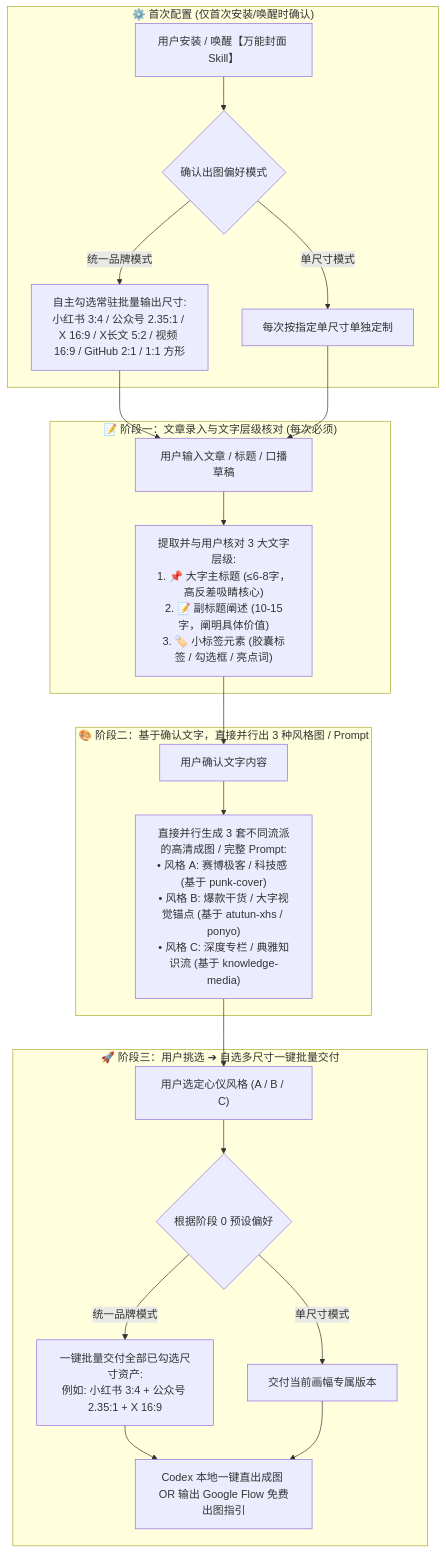
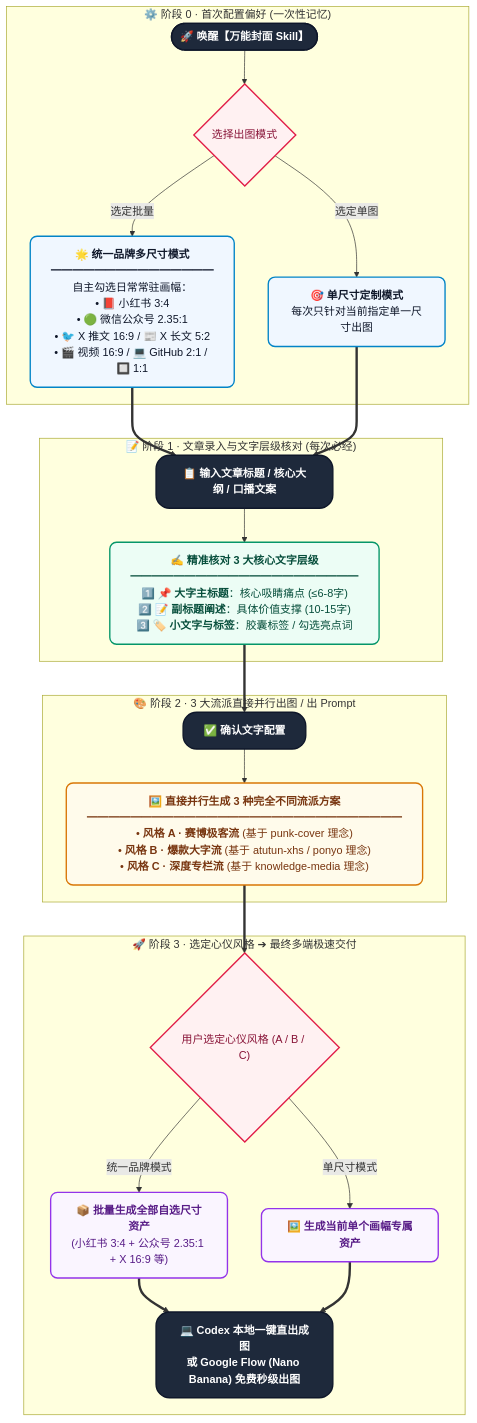
One commit to kaomei/cover-studio changed the first of 2 diagrams in README.zh-CN.md. Above: the diagram before and after it, drawn with Mermaid. The commit also changed other lines of this file and 7 other files, not shown here.

Commit message:
style(docs): elevate Mermaid flowchart UI with modern SaaS color palettes, card boxes and glowing borders

````diff
--- a/README.zh-CN.md
+++ b/README.zh-CN.md
@@ -41,29 +41,48 @@
 ```mermaid
 flowchart TD
-    subgraph S0["⚙️ 首次配置 (仅首次安装/唤醒时确认)"]
-        A0["用户安装 / 唤醒【万能封面 Skill】"] --> A1{"确认出图偏好模式"}
-        A1 -->|"统一品牌模式"| A2["自主勾选常驻批量输出尺寸:<br/>小红书 3:4 / 公众号 2.35:1 / X 16:9 / X长文 5:2 / 视频 16:9 / GitHub 2:1 / 1:1 方形"]
-        A1 -->|"单尺寸模式"| A3["每次按指定单尺寸单独定制"]
+    classDef setupBox fill:#f0f7ff,stroke:#0284c7,stroke-width:2px,color:#0f172a,rx:10px,ry:10px;
+    classDef textBox fill:#ecfdf5,stroke:#059669,stroke-width:2px,color:#064e3b,rx:10px,ry:10px;
+    classDef genBox fill:#fffbeb,stroke:#d97706,stroke-width:2px,color:#78350f,rx:10px,ry:10px;
+    classDef deliverBox fill:#faf5ff,stroke:#9333ea,stroke-width:2px,color:#581c87,rx:10px,ry:10px;
+    classDef decision fill:#fff1f2,stroke:#e11d48,stroke-width:2px,color:#881337,rx:6px,ry:6px;
+    classDef action fill:#1e293b,stroke:#0f172a,stroke-width:2px,color:#ffffff,font-weight:bold,rx:20px,ry:20px;
+
+    subgraph S0 ["⚙️ 阶段 0 · 首次配置偏好 (一次性记忆)"]
+        A0(["🚀 唤醒【万能封面 Skill】"]):::action
+        A1{"选择出图模式"}:::decision
+        A2["🌟 <b>统一品牌多尺寸模式</b><br/>━━━━━━━━━━━━━━━<br/>自主勾选日常常驻画幅：<br/>• 📕 小红书 3:4<br/>• 🟢 微信公众号 2.35:1<br/>• 🐦 X 推文 16:9 / 📰 X 长文 5:2<br/>• 🎬 视频 16:9 / 💻 GitHub 2:1 / 🔲 1:1"]:::setupBox
+        A3["🎯 <b>单尺寸定制模式</b><br/>每次只针对当前指定单一尺寸出图"]:::setupBox
+        A0 --> A1
+        A1 -->|"选定批量"| A2
+        A1 -->|"选定单图"| A3
     end
 
-    subgraph S1["📝 阶段一：文章录入与文字层级核对 (每次必须)"]
-        B0["用户输入文章 / 标题 / 口播草稿"] --> B1["提取并与用户核对 3 大文字层级:<br/>1. 📌 大字主标题 (≤6-8字，高反差吸睛核心)<br/>2. 📝 副标题阐述 (10-15字，阐明具体价值)<br/>3. 🏷️ 小标签元素 (胶囊标签 / 勾选框 / 亮点词)"]
+    subgraph S1 ["📝 阶段 1 · 文章录入与文字层级核对 (每次必经)"]
+        B0["📋 输入文章标题 / 核心大纲 / 口播文案"]:::action
+        B1["✍️ <b>精准核对 3 大核心文字层级</b><br/>━━━━━━━━━━━━━━━━━━━━━<br/>1️⃣ 📌 <b>大字主标题</b>：核心吸睛痛点 (≤6-8字)<br/>2️⃣ 📝 <b>副标题阐述</b>：具体价值支撑 (10-15字)<br/>3️⃣ 🏷️ <b>小文字与标签</b>：胶囊标签 / 勾选亮点词"]:::textBox
+        B0 --> B1
     end
 
-    subgraph S2["🎨 阶段二：基于确认文字，直接并行出 3 种风格图 / Prompt"]
-        C0["用户确认文字内容"] --> C1["直接并行生成 3 套不同流派的高清成图 / 完整 Prompt:<br/>• 风格 A: 赛博极客 / 科技感 (基于 punk-cover)<br/>• 风格 B: 爆款干货 / 大字视觉锚点 (基于 atutun-xhs / ponyo)<br/>• 风格 C: 深度专栏 / 典雅知识流 (基于 knowledge-media)"]
+    subgraph S2 ["🎨 阶段 2 · 3 大流派直接并行出图 / 出 Prompt"]
+        C0["✅ 确认文字配置"]:::action
+        C1["🖼️ <b>直接并行生成 3 种完全不同流派方案</b><br/>━━━━━━━━━━━━━━━━━━━━━━━━━━━━━<br/>• <b>风格 A · 赛博极客流</b> (基于 punk-cover 理念)<br/>• <b>风格 B · 爆款大字流</b> (基于 atutun-xhs / ponyo 理念)<br/>• <b>风格 C · 深度专栏流</b> (基于 knowledge-media 理念)"]:::genBox
+        C0 --> C1
     end
 
-    subgraph S3["🚀 阶段三：用户挑选 ➔ 自选多尺寸一键批量交付"]
-        D0["用户选定心仪风格 (A / B / C)"] --> D1{"根据阶段 0 预设偏好"}
-        D1 -->|"统一品牌模式"| D2["一键批量交付全部已勾选尺寸资产:<br/>例如: 小红书 3:4 + 公众号 2.35:1 + X 16:9"]
-        D1 -->|"单尺寸模式"| D3["交付当前画幅专属版本"]
-        D2 --> D4["Codex 本地一键直出成图 OR 输出 Google Flow 免费出图指引"]
-        D3 --> D4
+    subgraph S3 ["🚀 阶段 3 · 选定心仪风格 ➔ 最终多端极速交付"]
+        D0{"用户选定心仪风格 (A / B / C)"}:::decision
+        D1["📦 <b>批量生成全部自选尺寸资产</b><br/>(小红书 3:4 + 公众号 2.35:1 + X 16:9 等)"]:::deliverBox
+        D2["🖼️ <b>生成当前单个画幅专属资产</b>"]:::deliverBox
+        D3["💻 <b>Codex 本地一键直出成图</b><br/>或 <b>Google Flow (Nano Banana) 免费秒级出图</b>"]:::action
+
+        D0 -->|"统一品牌模式"| D1
+        D0 -->|"单尺寸模式"| D2
+        D1 ==> D3
+        D2 ==> D3
     end
 
-    A2 --> B0
-    A3 --> B0
-    B1 --> C0
-    C1 --> D0
+    A2 ==> B0
+    A3 ==> B0
+    B1 ==> C0
+    C1 ==> D0
 ```
````
